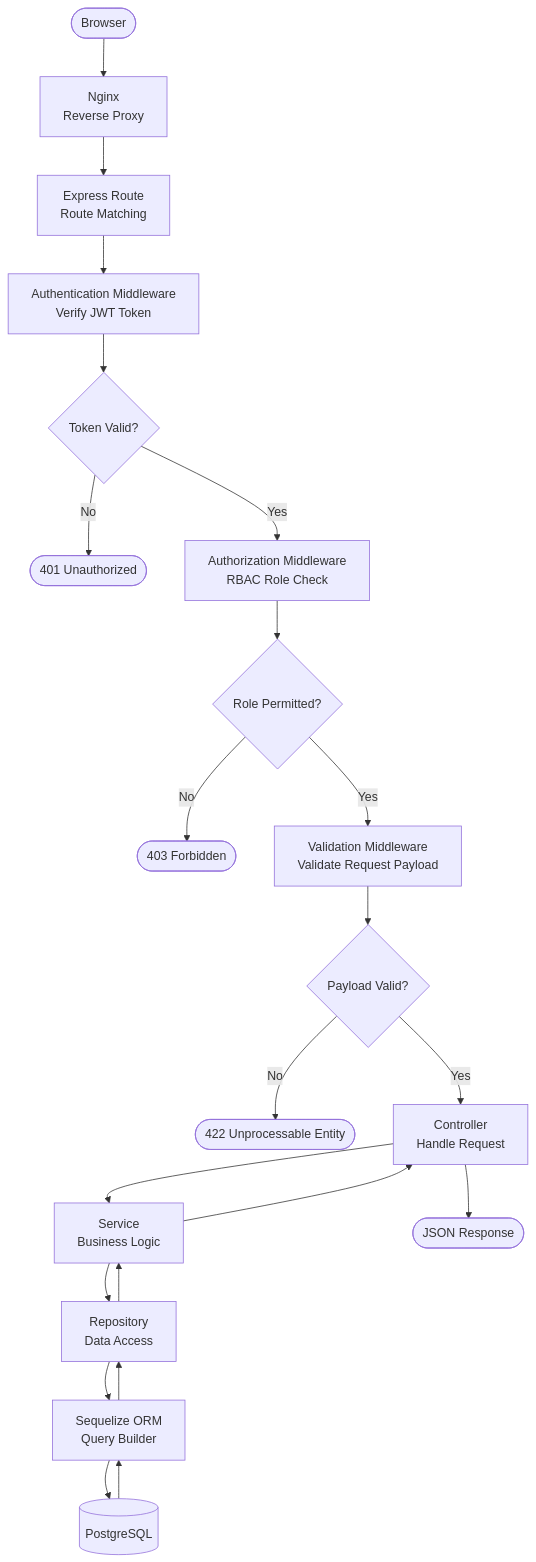
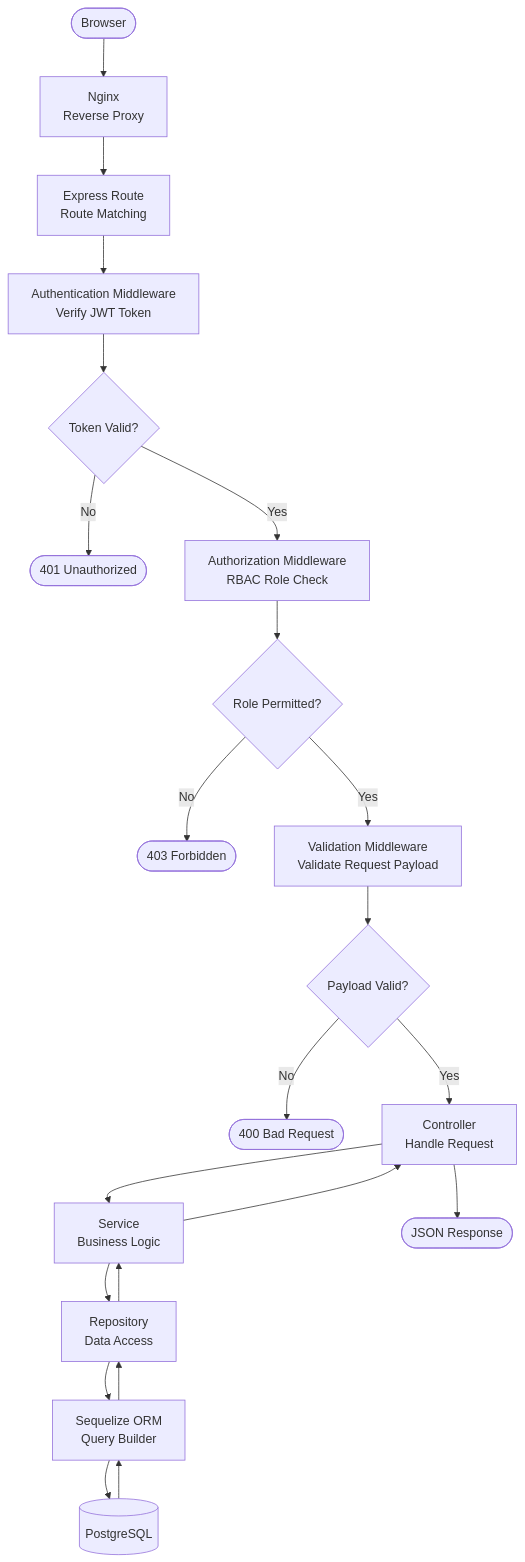
The seventh of 12 diagrams in docs/04-Flow-Design.md (AmbyHasan/HMS), drawn with Mermaid before and after one commit. The commit also changed other lines of this file, not shown here.

Commit message:
Fix flow design doc

````diff
--- a/docs/04-Flow-Design.md
+++ b/docs/04-Flow-Design.md
@@ -188,24 +192,24 @@
 ```mermaid
 flowchart TD
     A([Browser]) --> B[Nginx\nReverse Proxy]
     B --> C[Express Route\nRoute Matching]
     C --> D[Authentication Middleware\nVerify JWT Token]
     D --> E{Token Valid?}
     E -- No --> F([401 Unauthorized])
     E -- Yes --> G[Authorization Middleware\nRBAC Role Check]
     G --> H{Role Permitted?}
     H -- No --> I([403 Forbidden])
     H -- Yes --> J[Validation Middleware\nValidate Request Payload]
     J --> K{Payload Valid?}
-    K -- No --> L([422 Unprocessable Entity])
+    K -- No --> L([400 Bad Request])
     K -- Yes --> M[Controller\nHandle Request]
     M --> N[Service\nBusiness Logic]
     N --> O[Repository\nData Access]
     O --> P[Sequelize ORM\nQuery Builder]
     P --> Q[(PostgreSQL)]
     Q --> P
     P --> O
     O --> N
     N --> M
     M --> R([JSON Response])
 ```
````
